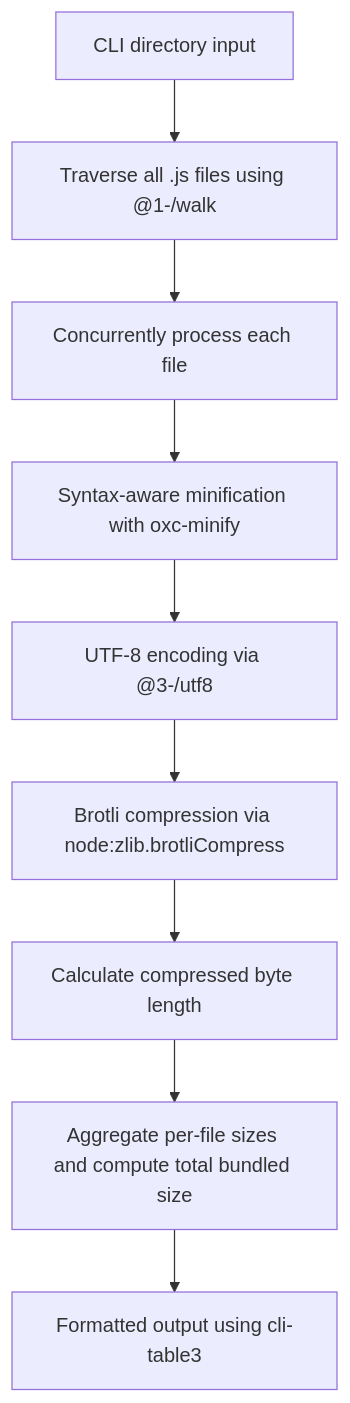
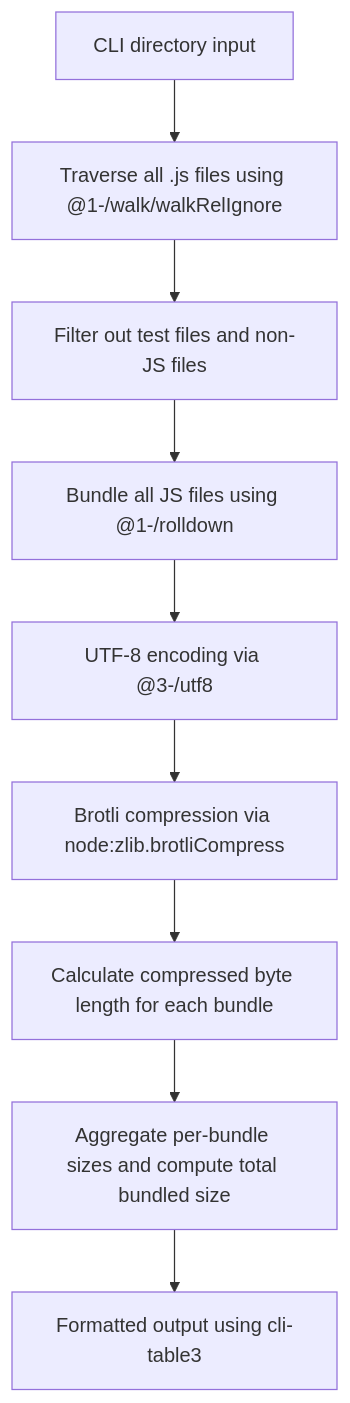
Before and after one commit to webc-site/npm: the first of 2 diagrams in minify_size/README.md, drawn with Mermaid. The commit also changed other lines of this file and 2 other files, not shown here.

````diff
--- a/minify_size/README.md
+++ b/minify_size/README.md
@@ -59,11 +58,11 @@
 ```mermaid
 graph TD
-    A[CLI directory input] --> B[Traverse all .js files using @1-/walk]
-    B --> C[Concurrently process each file]
-    C --> D[Syntax-aware minification with oxc-minify]
+    A[CLI directory input] --> B[Traverse all .js files using @1-/walk/walkRelIgnore]
+    B --> C[Filter out test files and non-JS files]
+    C --> D[Bundle all JS files using @1-/rolldown]
     D --> E[UTF-8 encoding via @3-/utf8]
     E --> F[Brotli compression via node:zlib.brotliCompress]
-    F --> G[Calculate compressed byte length]
-    G --> H[Aggregate per-file sizes and compute total bundled size]
+    F --> G[Calculate compressed byte length for each bundle]
+    G --> H[Aggregate per-bundle sizes and compute total bundled size]
     H --> I[Formatted output using cli-table3]
 ```
````
